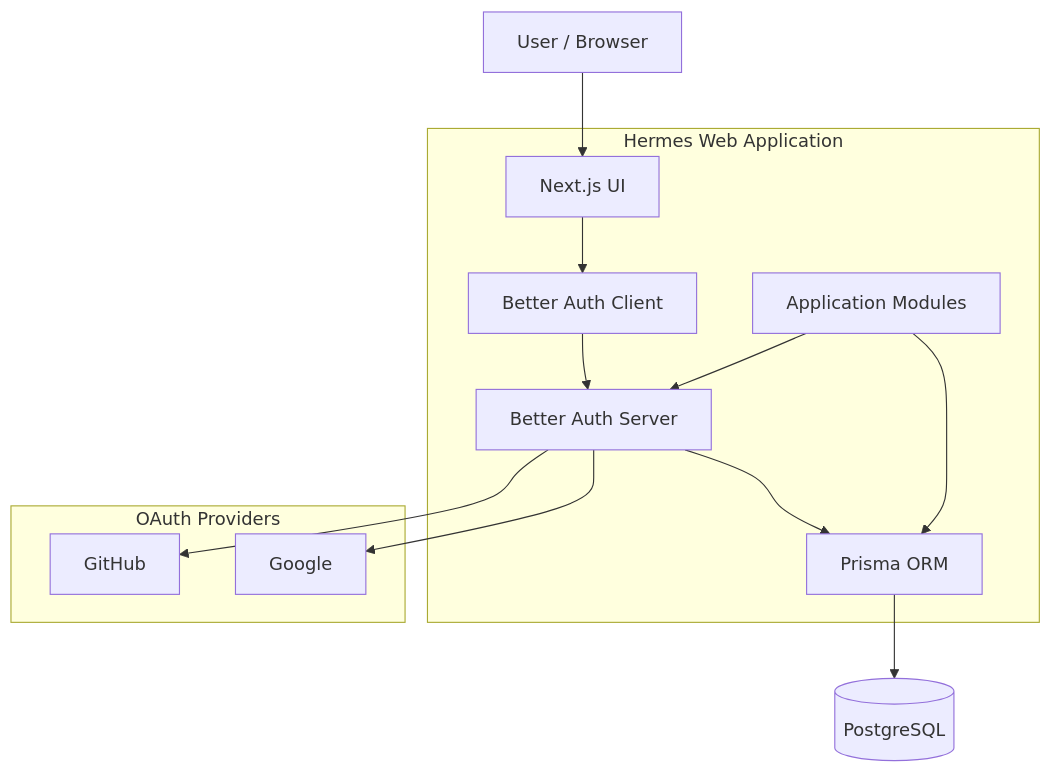
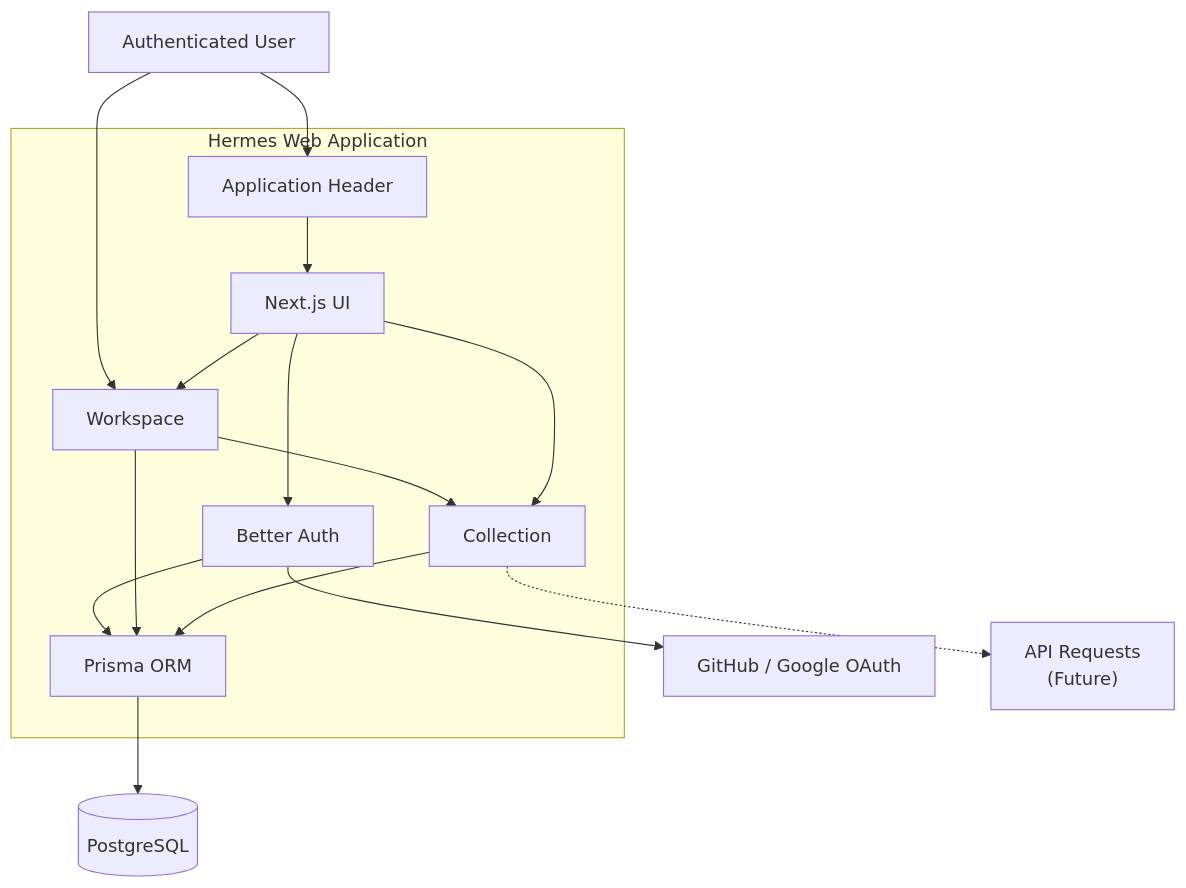
The first of 6 diagrams in README.md (MishraRoushankumar/hermes), drawn with Mermaid before and after one commit. The commit also changed other lines of this file and 15 other files, not shown here.

Commit message:
feat: update changelog and README for v0.2.0 release; enhance workspace and collection management features

````diff
--- a/README.md
+++ b/README.md
@@ -62,29 +73,35 @@
 ```mermaid
 flowchart TD
-    User["User / Browser"]
+    User["Authenticated User"]
 
     subgraph Hermes["Hermes Web Application"]
+        Header["Application Header"]
         UI["Next.js UI"]
-        AuthClient["Better Auth Client"]
-        AuthServer["Better Auth Server"]
-        Modules["Application Modules"]
+        Auth["Better Auth"]
+        Workspace["Workspace"]
+        Collection["Collection"]
         Prisma["Prisma ORM"]
     end
 
-    subgraph OAuth["OAuth Providers"]
-        GitHub["GitHub"]
-        Google["Google"]
-    end
-
+    OAuth["GitHub / Google OAuth"]
     DB[("PostgreSQL")]
 
-    User --> UI
-    UI --> AuthClient
-    AuthClient --> AuthServer
-    AuthServer --> GitHub
-    AuthServer --> Google
-    AuthServer --> Prisma
-    Modules --> AuthServer
-    Modules --> Prisma
+    User --> Header
+    Header --> UI
+    UI --> Auth
+    Auth --> OAuth
+    Auth --> Prisma
+
+    User --> Workspace
+    Workspace --> Collection
+
+    UI --> Workspace
+    UI --> Collection
+
+    Workspace --> Prisma
+    Collection --> Prisma
+
     Prisma --> DB
+
+    Collection -.-> Requests["API Requests<br/>(Future)"]
 ```
````
